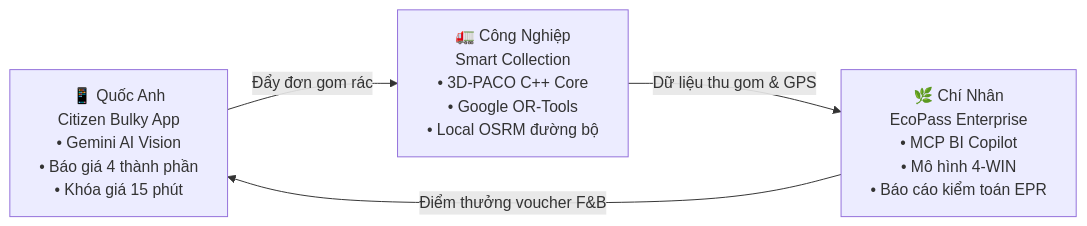
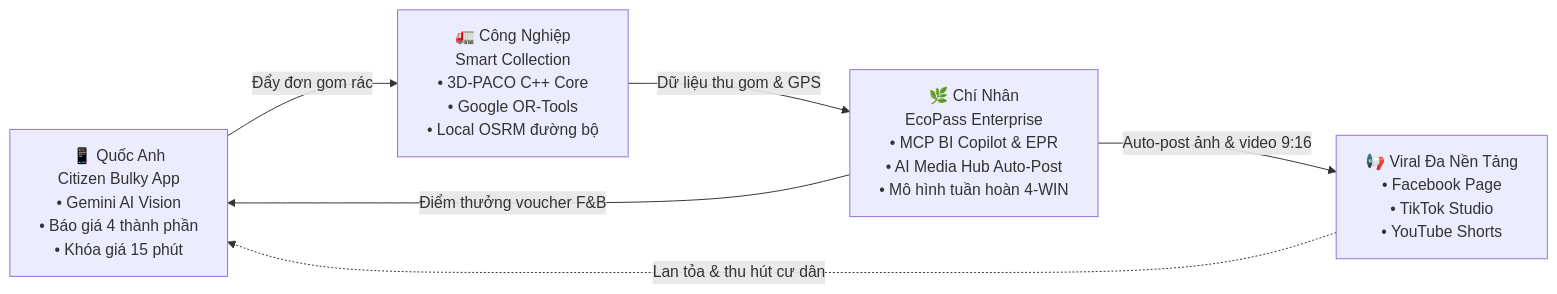
Before and after one commit to chinhanxt/NaN-EcoNet: the diagram in README.md, drawn with Mermaid. The commit also changed other lines of this file and 2 other files, not shown here.

Commit message:
docs: bo sung noi dung truyen thong thu cong va diem dot pha ai dang bai da kenh vao tong quan

````diff
--- a/README.md
+++ b/README.md
@@ -44,6 +47,8 @@
 ```mermaid
 graph LR
   A["📱 Quốc Anh\nCitizen Bulky App\n• Gemini AI Vision\n• Báo giá 4 thành phần\n• Khóa giá 15 phút"] -->|Đẩy đơn gom rác| B["🚛 Công Nghiệp\nSmart Collection\n• 3D-PACO C++ Core\n• Google OR-Tools\n• Local OSRM đường bộ"]
-  B -->|Dữ liệu thu gom & GPS| C["🌿 Chí Nhân\nEcoPass Enterprise\n• MCP BI Copilot\n• Mô hình 4-WIN\n• Báo cáo kiểm toán EPR"]
+  B -->|Dữ liệu thu gom & GPS| C["🌿 Chí Nhân\nEcoPass Enterprise\n• MCP BI Copilot & EPR\n• AI Media Hub Auto-Post\n• Mô hình tuần hoàn 4-WIN"]
   C -->|Điểm thưởng voucher F&B| A
+  C -->|Auto-post ảnh & video 9:16| D["📢 Viral Đa Nền Tảng\n• Facebook Page\n• TikTok Studio\n• YouTube Shorts"]
+  D -.->|Lan tỏa & thu hút cư dân| A
 ```
````
